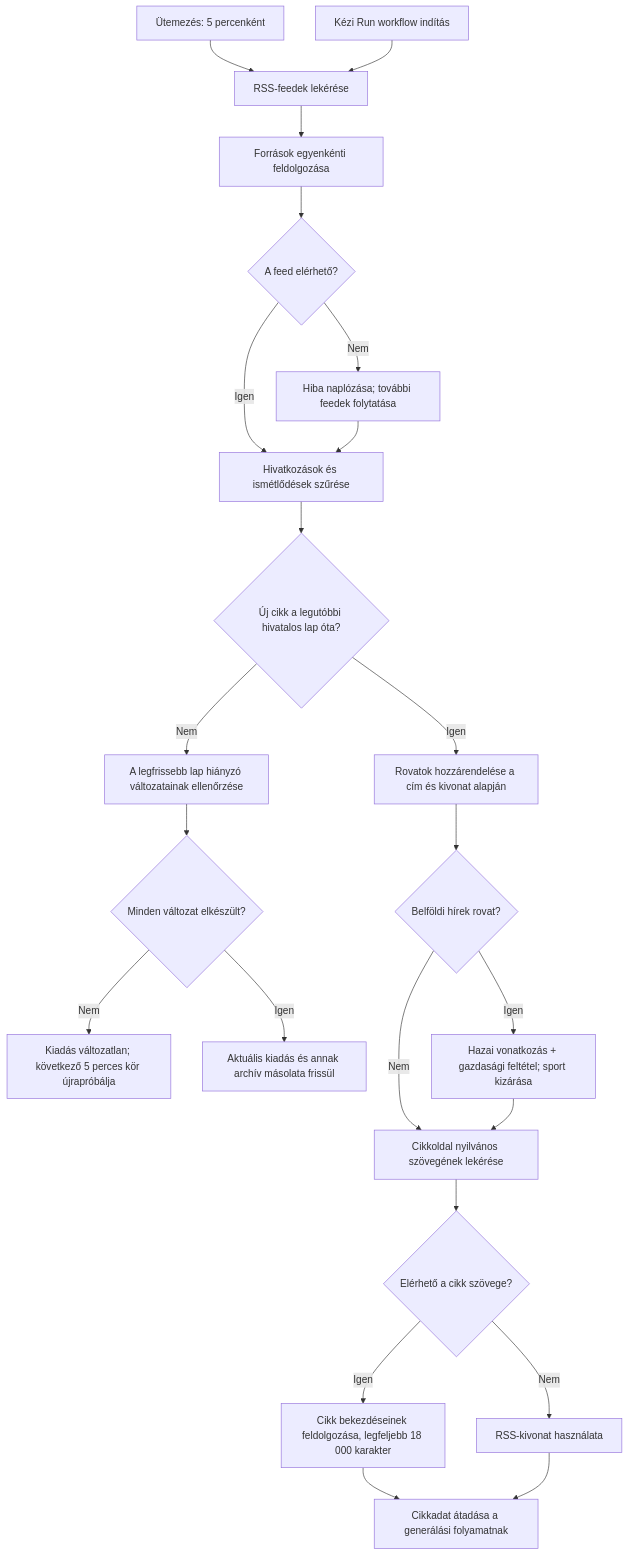
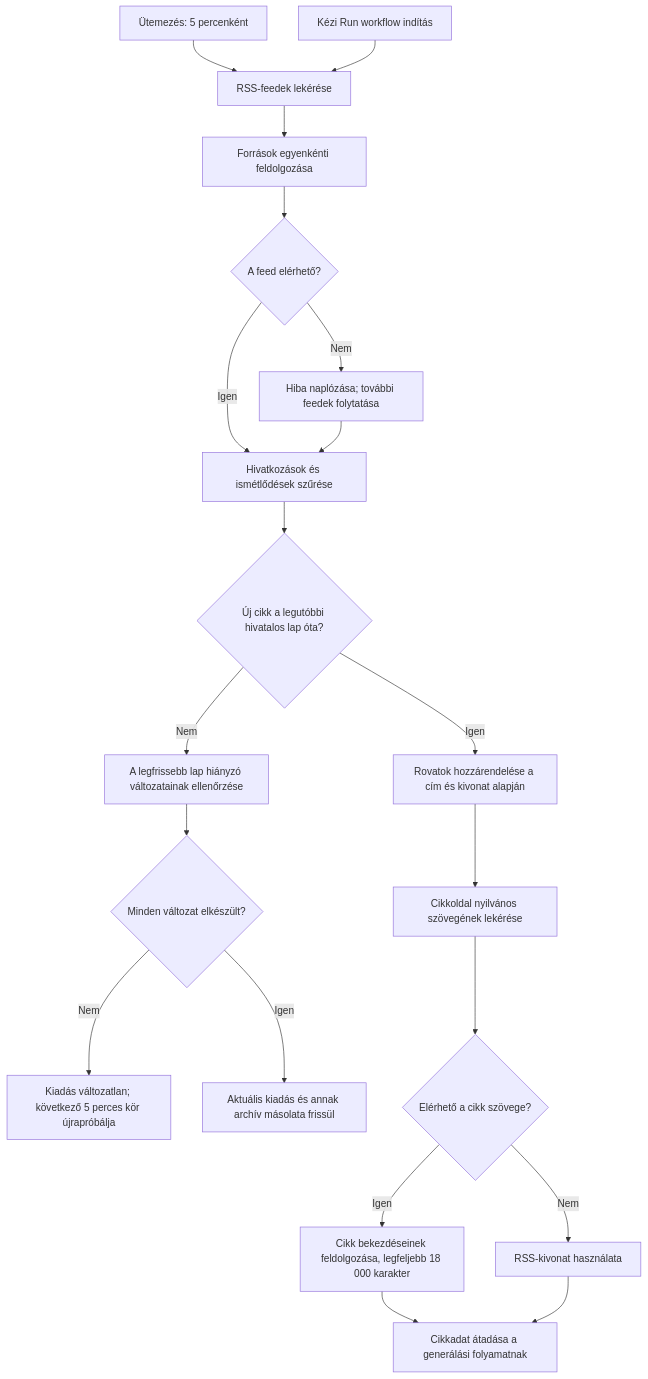
Before and after one commit to ngynrbrt-prog/nanonews: the second of 6 diagrams in Dokumentumok/NANONews-mukodesi-leiras.md, drawn with Mermaid. The commit also changed other lines of this file, not shown here.

````diff
--- a/Dokumentumok/NANONews-mukodesi-leiras.md
+++ b/Dokumentumok/NANONews-mukodesi-leiras.md
@@ -103,25 +106,22 @@
 ```mermaid
 flowchart TD
   schedule["Ütemezés: 5 percenként"] --> fetch["RSS-feedek lekérése"]
   manual["Kézi Run workflow indítás"] --> fetch
   fetch --> feeds["Források egyenkénti feldolgozása"]
   feeds --> available{"A feed elérhető?"}
   available -->|Nem| log["Hiba naplózása; további feedek folytatása"]
   available -->|Igen| dedupe["Hivatkozások és ismétlődések szűrése"]
   log --> dedupe
   dedupe --> newer{"Új cikk a legutóbbi hivatalos lap óta?"}
   newer -->|Nem| pending["A legfrissebb lap hiányzó változatainak ellenőrzése"]
   pending --> done{"Minden változat elkészült?"}
   done -->|Nem| unchanged["Kiadás változatlan; következő 5 perces kör újrapróbálja"]
   done -->|Igen| sync["Aktuális kiadás és annak archív másolata frissül"]
   newer -->|Igen| topics["Rovatok hozzárendelése a cím és kivonat alapján"]
-  topics --> domestic{"Belföldi hírek rovat?"}
-  domestic -->|Igen| econ["Hazai vonatkozás + gazdasági feltétel; sport kizárása"]
-  domestic -->|Nem| article["Cikkoldal nyilvános szövegének lekérése"]
-  econ --> article
+  topics --> article["Cikkoldal nyilvános szövegének lekérése"]
   article --> body{"Elérhető a cikk szövege?"}
   body -->|Igen| full["Cikk bekezdéseinek feldolgozása, legfeljebb 18 000 karakter"]
   body -->|Nem| excerpt["RSS-kivonat használata"]
   full --> prepare["Cikkadat átadása a generálási folyamatnak"]
   excerpt --> prepare
 ```
````
